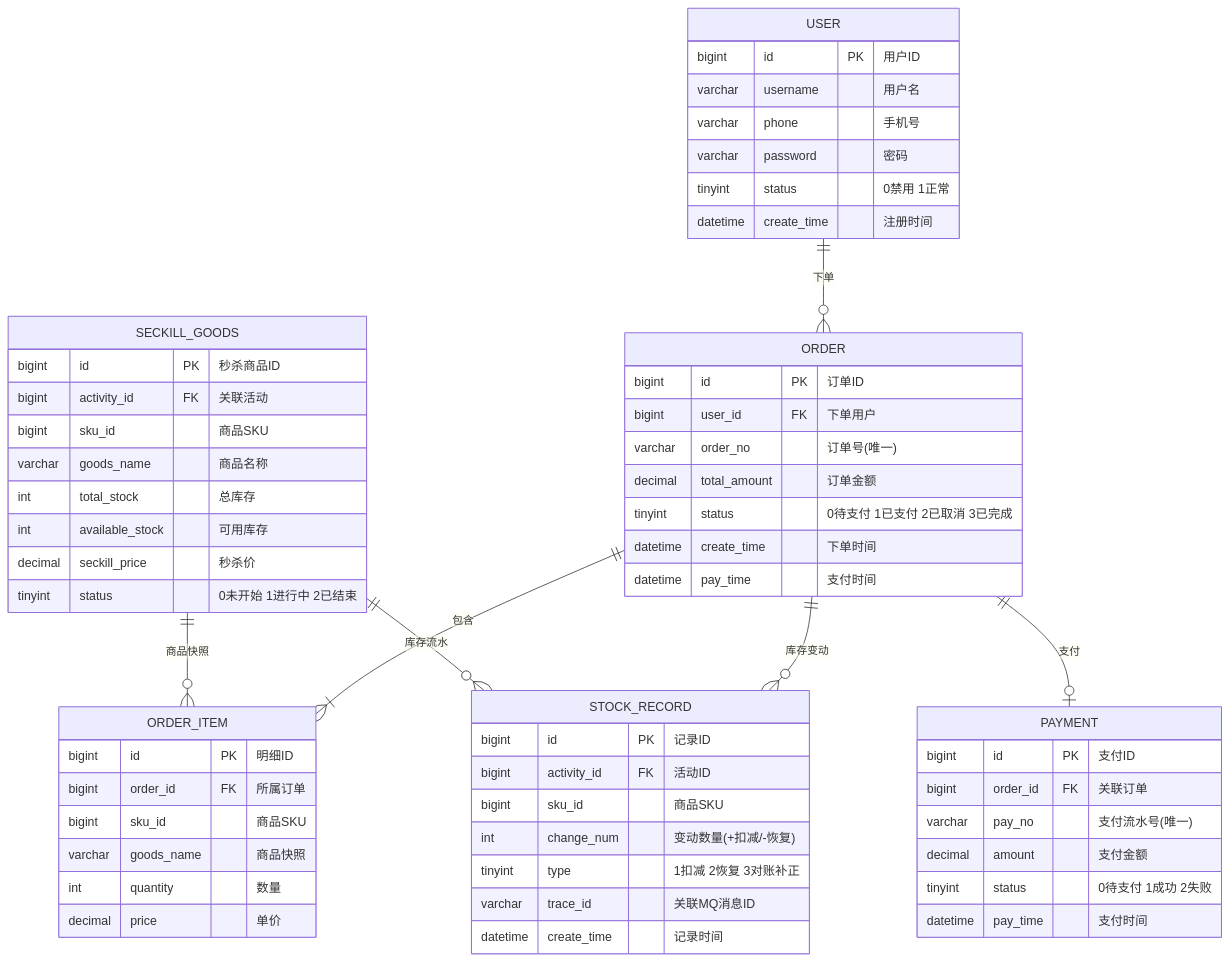
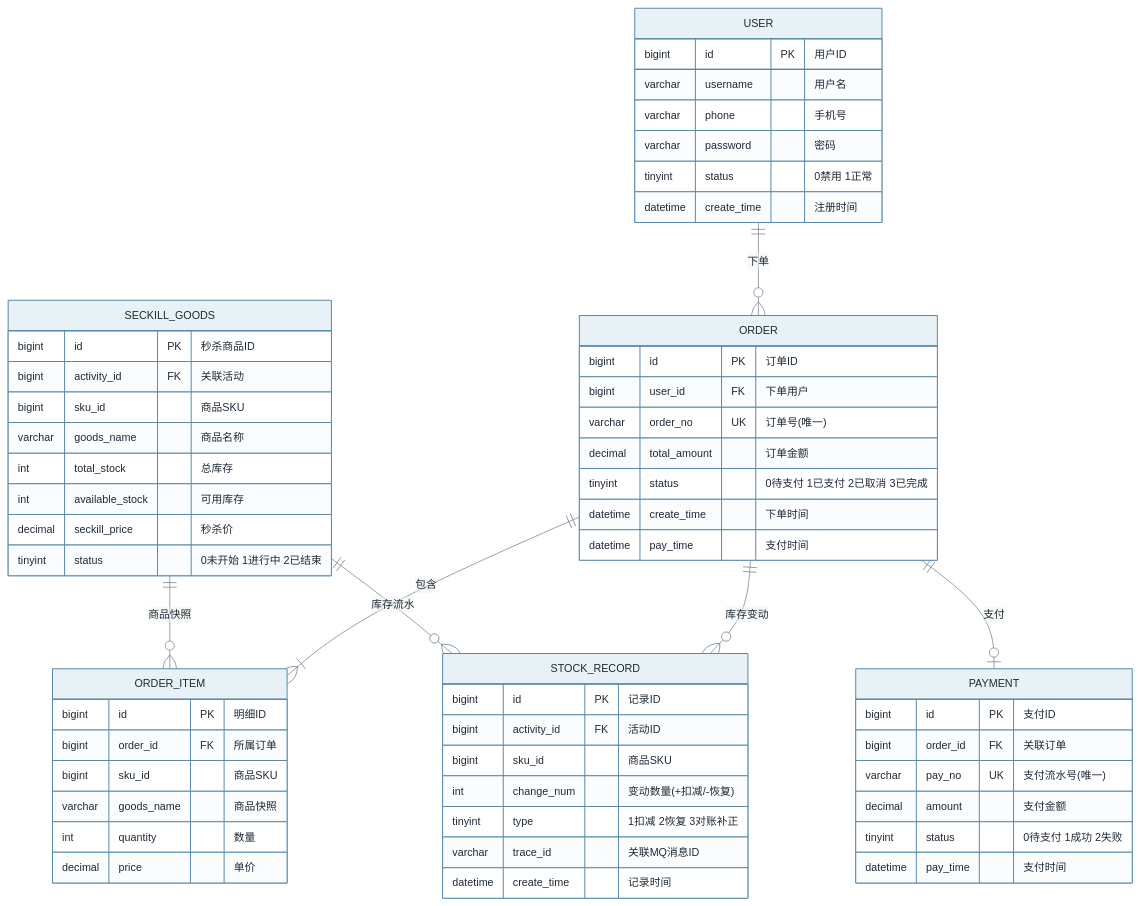
Before and after one commit to 1byteone/interview-note: the third of 4 diagrams in 4-interview/projects/mall-micro-cloud/项目速记卡.md, drawn with Mermaid. The commit also changed other lines of this file and 5 other files, not shown here.

First line of the commit message:
style(mermaid): 统一 Mermaid 专业样式体系与语义规范

````diff
--- a/4-interview/projects/mall-micro-cloud/项目速记卡.md
+++ b/4-interview/projects/mall-micro-cloud/项目速记卡.md
@@ -228,67 +252,68 @@
 ```mermaid
+%%{init: {"theme": "base", "fontFamily": "Arial, Microsoft YaHei, sans-serif", "fontSize": 14, "themeVariables": {"fontFamily": "Arial, Microsoft YaHei, sans-serif", "fontSize": "14px", "primaryColor": "#E8F1F5", "primaryTextColor": "#1F2937", "primaryBorderColor": "#5B8AA8", "lineColor": "#7B8794", "secondaryColor": "#F5EFE7", "tertiaryColor": "#EEF3EE"}}}%%
 erDiagram
     USER {
         bigint id PK "用户ID"
         varchar username "用户名"
         varchar phone "手机号"
         varchar password "密码"
         tinyint status "0禁用 1正常"
         datetime create_time "注册时间"
     }
 
     SECKILL_GOODS {
         bigint id PK "秒杀商品ID"
         bigint activity_id FK "关联活动"
         bigint sku_id "商品SKU"
         varchar goods_name "商品名称"
         int total_stock "总库存"
         int available_stock "可用库存"
         decimal seckill_price "秒杀价"
         tinyint status "0未开始 1进行中 2已结束"
     }
 
     ORDER {
         bigint id PK "订单ID"
         bigint user_id FK "下单用户"
-        varchar order_no "订单号(唯一)"
+        varchar order_no UK "订单号(唯一)"
         decimal total_amount "订单金额"
         tinyint status "0待支付 1已支付 2已取消 3已完成"
         datetime create_time "下单时间"
         datetime pay_time "支付时间"
     }
 
     ORDER_ITEM {
         bigint id PK "明细ID"
         bigint order_id FK "所属订单"
         bigint sku_id "商品SKU"
         varchar goods_name "商品快照"
         int quantity "数量"
         decimal price "单价"
     }
 
     PAYMENT {
         bigint id PK "支付ID"
         bigint order_id FK "关联订单"
-        varchar pay_no "支付流水号(唯一)"
+        varchar pay_no UK "支付流水号(唯一)"
         decimal amount "支付金额"
         tinyint status "0待支付 1成功 2失败"
         datetime pay_time "支付时间"
     }
 
     STOCK_RECORD {
         bigint id PK "记录ID"
         bigint activity_id FK "活动ID"
         bigint sku_id "商品SKU"
         int change_num "变动数量(+扣减/-恢复)"
         tinyint type "1扣减 2恢复 3对账补正"
         varchar trace_id "关联MQ消息ID"
         datetime create_time "记录时间"
     }
 
     USER ||--o{ ORDER : "下单"
     ORDER ||--|{ ORDER_ITEM : "包含"
     ORDER ||--o| PAYMENT : "支付"
     ORDER ||--o{ STOCK_RECORD : "库存变动"
     SECKILL_GOODS ||--o{ ORDER_ITEM : "商品快照"
     SECKILL_GOODS ||--o{ STOCK_RECORD : "库存流水"
 ```
````
